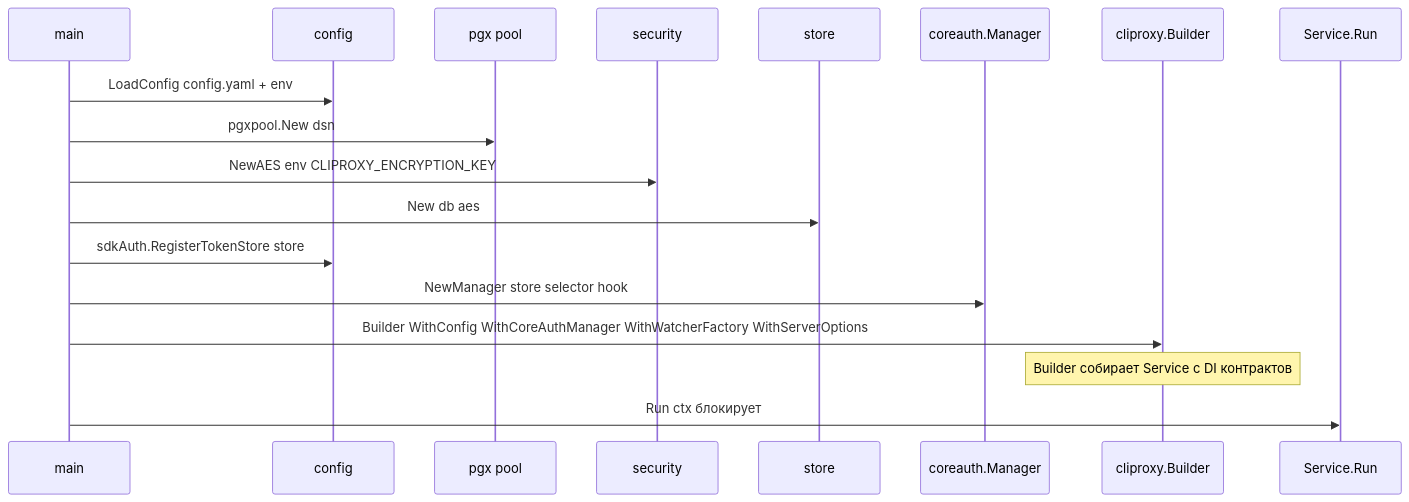
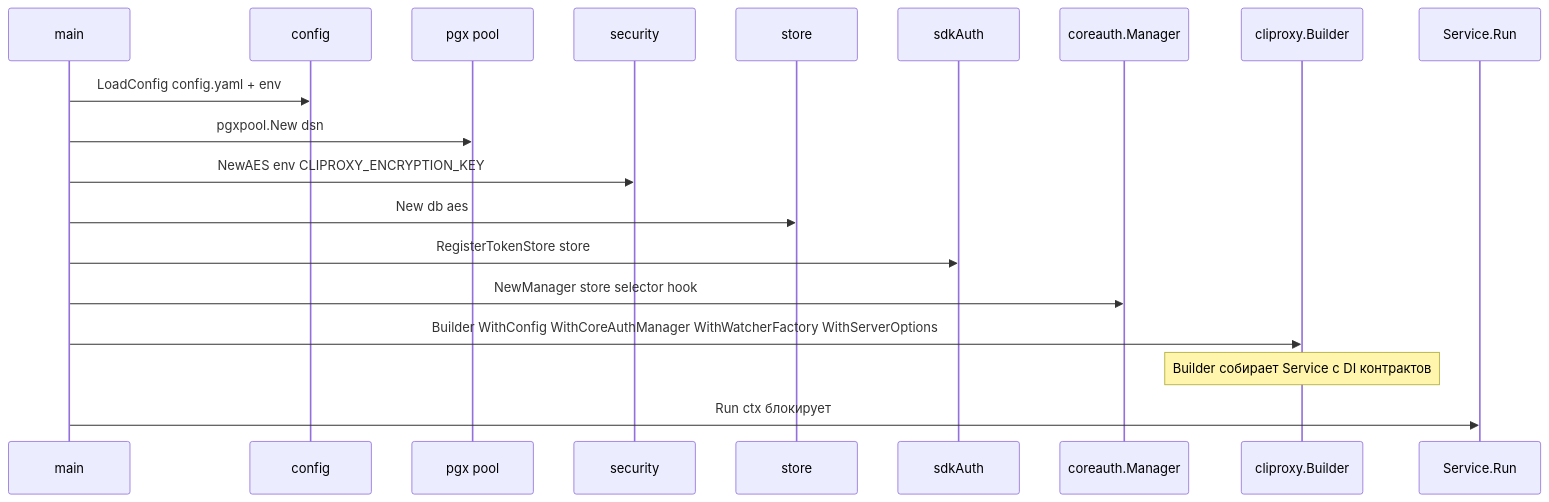
The second of 7 diagrams in docs/architecture.md (ilyast91/CLIProxyNew), drawn with Mermaid before and after one commit. The commit also changed other lines of this file and 2 other files, not shown here.

First line of the commit message:
docs: актуализация всех mermaid-диаграмм

````diff
--- a/docs/architecture.md
+++ b/docs/architecture.md
@@ -79,21 +87,22 @@
 ```mermaid
 sequenceDiagram
     participant M as main
     participant C as config
     participant DB as pgx pool
     participant S as security
     participant Store as store
+    participant Reg as sdkAuth
     participant CoreMgr as coreauth.Manager
     participant B as cliproxy.Builder
     participant Svc as Service.Run
 
     M->>C: LoadConfig config.yaml + env
     M->>DB: pgxpool.New dsn
     M->>S: NewAES env CLIPROXY_ENCRYPTION_KEY
     M->>Store: New db aes
-    M->>C: sdkAuth.RegisterTokenStore store
+    M->>Reg: RegisterTokenStore store
     M->>CoreMgr: NewManager store selector hook
     M->>B: Builder WithConfig WithCoreAuthManager WithWatcherFactory WithServerOptions
     Note over B: Builder собирает Service с DI контрактов
     M->>Svc: Run ctx блокирует
 ```
````
